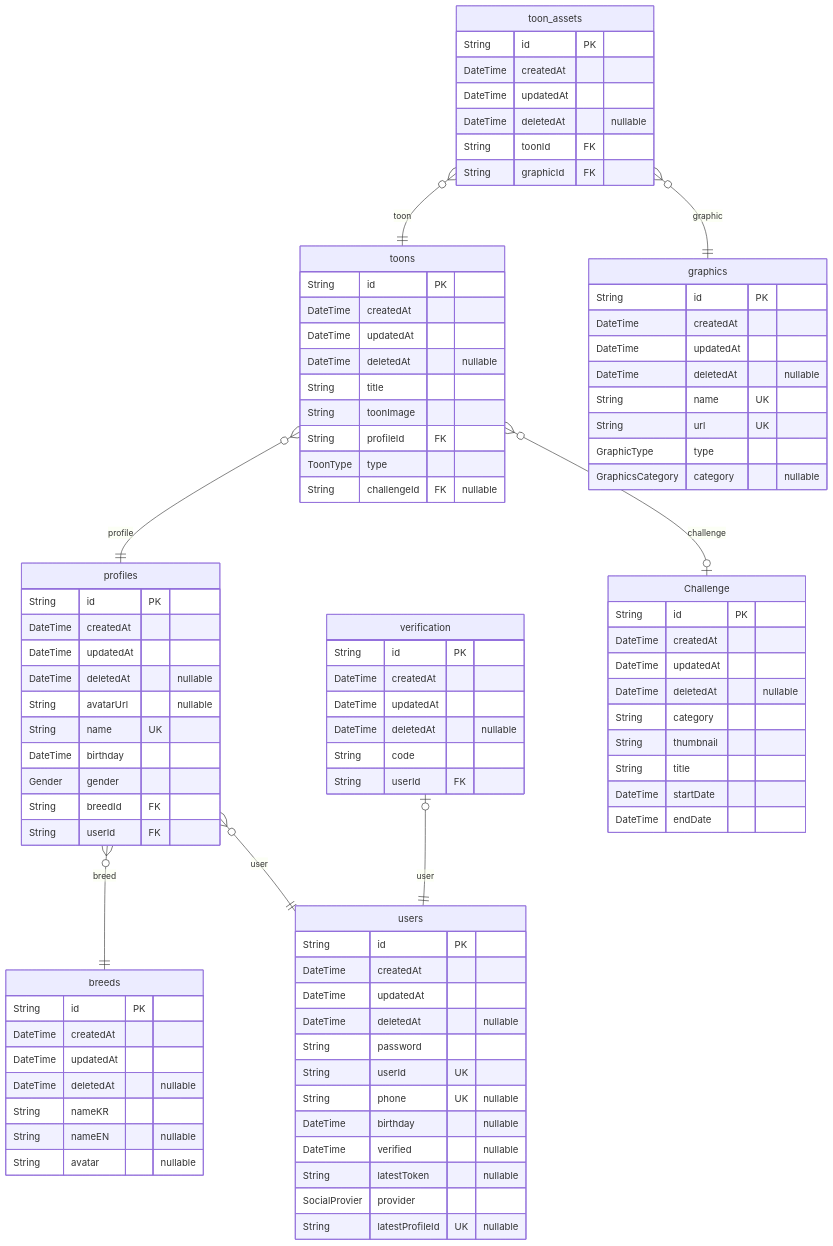
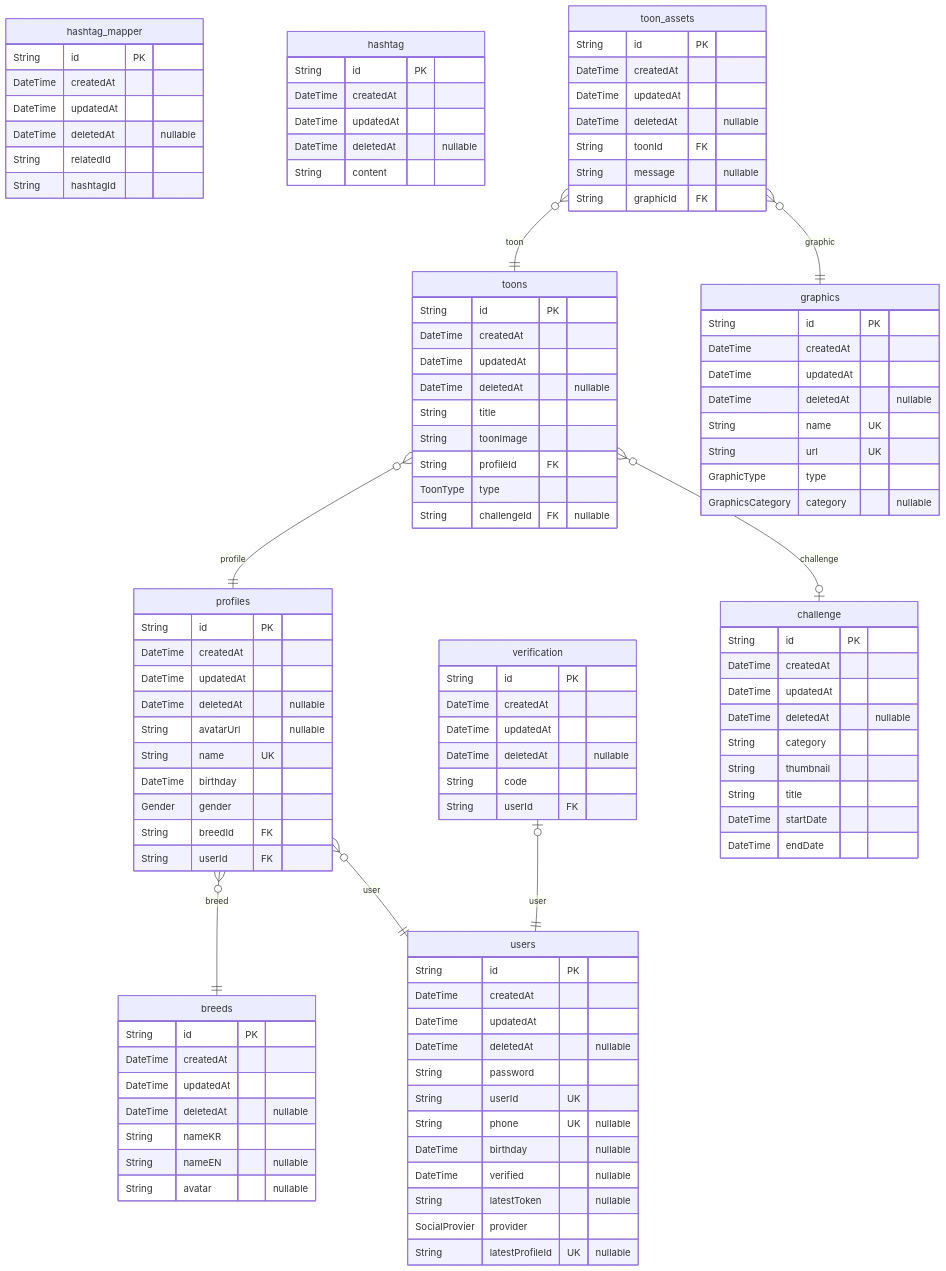
Before and after one commit to Medici-Mansion/poop-backend: the diagram in prisma/ERD.md, drawn with Mermaid. The commit also changed other lines of this file and 3 other files, not shown here.

````diff
--- a/prisma/ERD.md
+++ b/prisma/ERD.md
@@ -60,7 +60,22 @@
   ToonType type
   String challengeId FK "nullable"
 }
-"Challenge" {
+"hashtag_mapper" {
+  String id PK
+  DateTime createdAt
+  DateTime updatedAt
+  DateTime deletedAt "nullable"
+  String relatedId
+  String hashtagId
+}
+"hashtag" {
+  String id PK
+  DateTime createdAt
+  DateTime updatedAt
+  DateTime deletedAt "nullable"
+  String content
+}
+"challenge" {
   String id PK
   DateTime createdAt
   DateTime updatedAt
@@ -77,6 +92,7 @@
   DateTime updatedAt
   DateTime deletedAt "nullable"
   String toonId FK
+  String message "nullable"
   String graphicId FK
 }
 "graphics" {
@@ -93,7 +109,7 @@
 "profiles" }o--|| "users" : user
 "verification" |o--|| "users" : user
 "toons" }o--|| "profiles" : profile
-"toons" }o--o| "Challenge" : challenge
+"toons" }o--o| "challenge" : challenge
 "toon_assets" }o--|| "toons" : toon
 "toon_assets" }o--|| "graphics" : graphic
 ```
````
